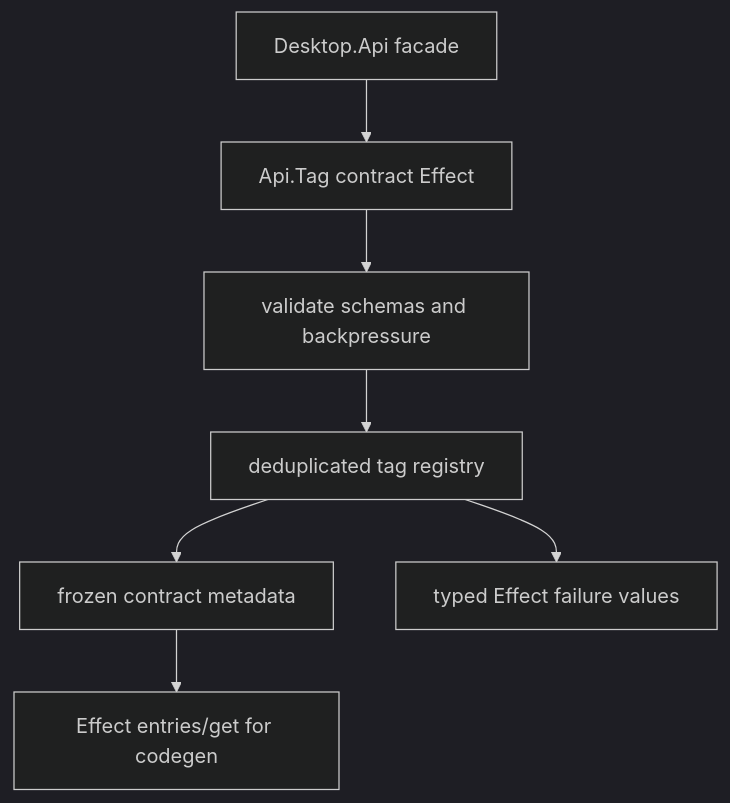
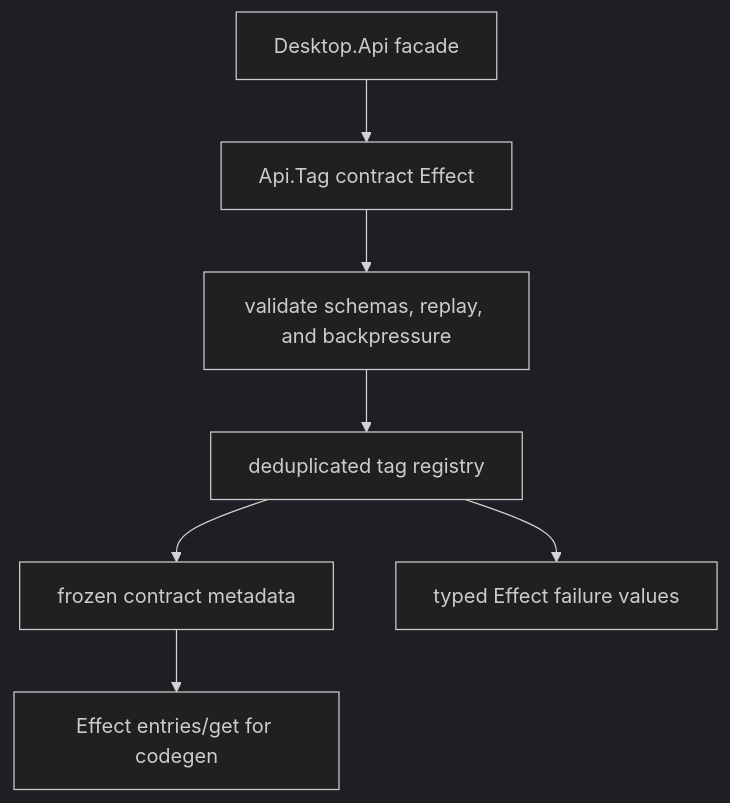
The diagram in docs/learnings/2026-05-05-desktop-api-tag-contract-registry.md (Rika-Labs/effect-desktop), drawn with Mermaid (dark theme) before and after one commit. The commit also changed other lines of this file, not shown here.

````diff
--- a/docs/learnings/2026-05-05-desktop-api-tag-contract-registry.md
+++ b/docs/learnings/2026-05-05-desktop-api-tag-contract-registry.md
@@ -19,9 +19,9 @@
 ```mermaid
 flowchart TD
-  Declaration[Api.Tag contract Effect] --> Validate[validate schemas and backpressure]
+  Declaration[Api.Tag contract Effect] --> Validate[validate schemas, replay, and backpressure]
   Validate --> Registry[deduplicated tag registry]
   Registry --> Freeze[frozen contract metadata]
   Registry --> Failure[typed Effect failure values]
   Freeze --> Snapshot[Effect entries/get for codegen]
   Core[Desktop.Api facade] --> Declaration
 ```
````
